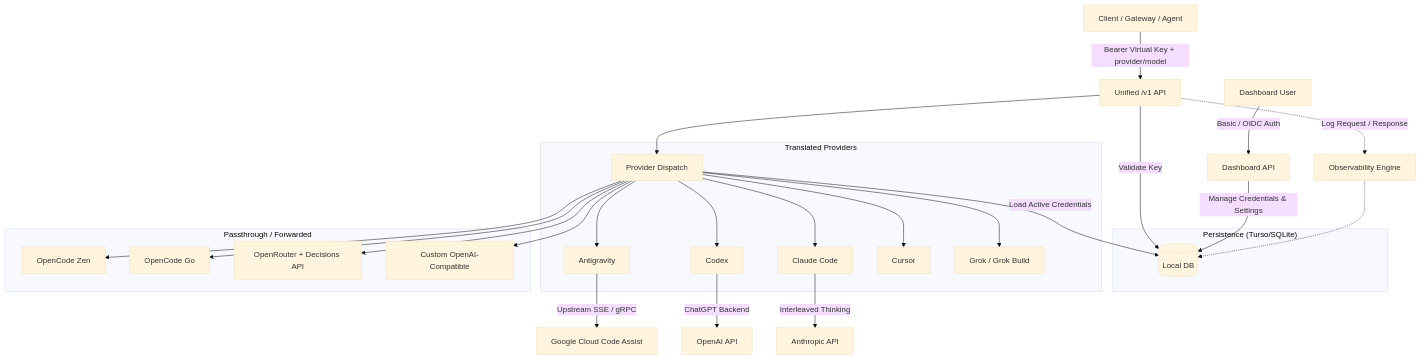
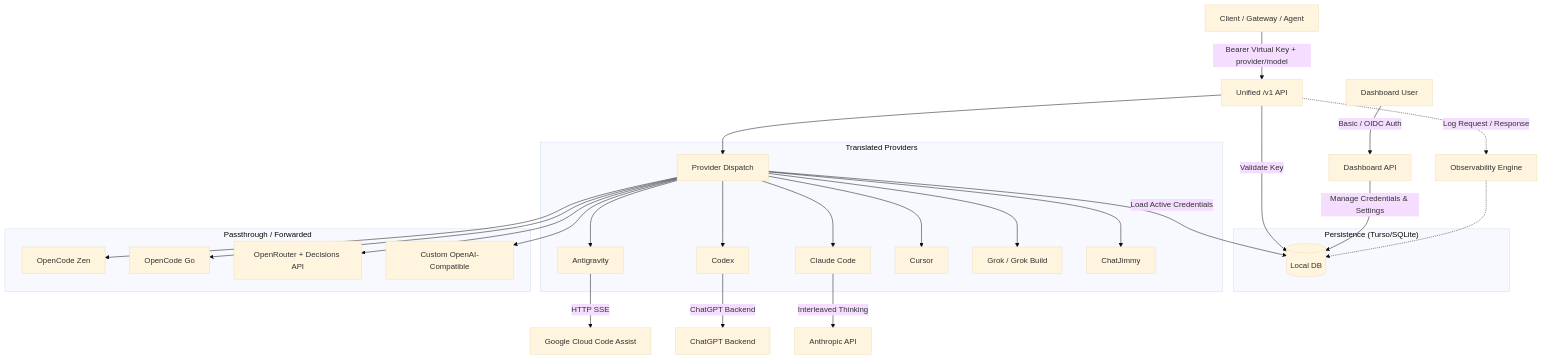
The first of 2 diagrams in docs/architecture.md (Delnegend/zero-g), drawn with Mermaid (base theme) before and after one commit. The commit also changed other lines of this file and 18 other files, not shown here.

````diff
--- a/docs/architecture.md
+++ b/docs/architecture.md
@@ -5,37 +5,38 @@
 ```mermaid
 flowchart TD
     Client[Client / Gateway / Agent] -->|Bearer Virtual Key + provider/model| V1["Unified /v1 API"]
     Admin[Dashboard User] -->|Basic / OIDC Auth| Dash[Dashboard API]
     
     subgraph Storage ["Persistence (Turso/SQLite)"]
         DB[(Local DB)]
     end
 
     V1 -->|Validate Key| DB
     Dash -->|Manage Credentials & Settings| DB
 
     V1 --> Dispatch[Provider Dispatch]
     Dispatch -->|Load Active Credentials| DB
 
     subgraph Translation ["Translated Providers"]
         Dispatch --> AGY[Antigravity]
         Dispatch --> Codex[Codex]
         Dispatch --> Claude[Claude Code]
         Dispatch --> Cursor[Cursor]
         Dispatch --> Grok[Grok / Grok Build]
+        Dispatch --> ChatJimmy[ChatJimmy]
     end
 
     subgraph Passthrough ["Passthrough / Forwarded"]
         Dispatch --> Zen[OpenCode Zen]
         Dispatch --> Go[OpenCode Go]
         Dispatch --> OpenRouter[OpenRouter + Decisions API]
         Dispatch --> Custom[Custom OpenAI-Compatible]
     end
 
-    AGY -->|Upstream SSE / gRPC| Google[Google Cloud Code Assist]
-    Codex -->|ChatGPT Backend| OpenAI[OpenAI API]
+    AGY -->|HTTP SSE| Google[Google Cloud Code Assist]
+    Codex -->|ChatGPT Backend| OpenAI[ChatGPT Backend]
     Claude -->|Interleaved Thinking| Anthropic[Anthropic API]
     
     V1 -.->|Log Request / Response| Logs[Observability Engine]
     Logs -.-> DB
 ```
````
